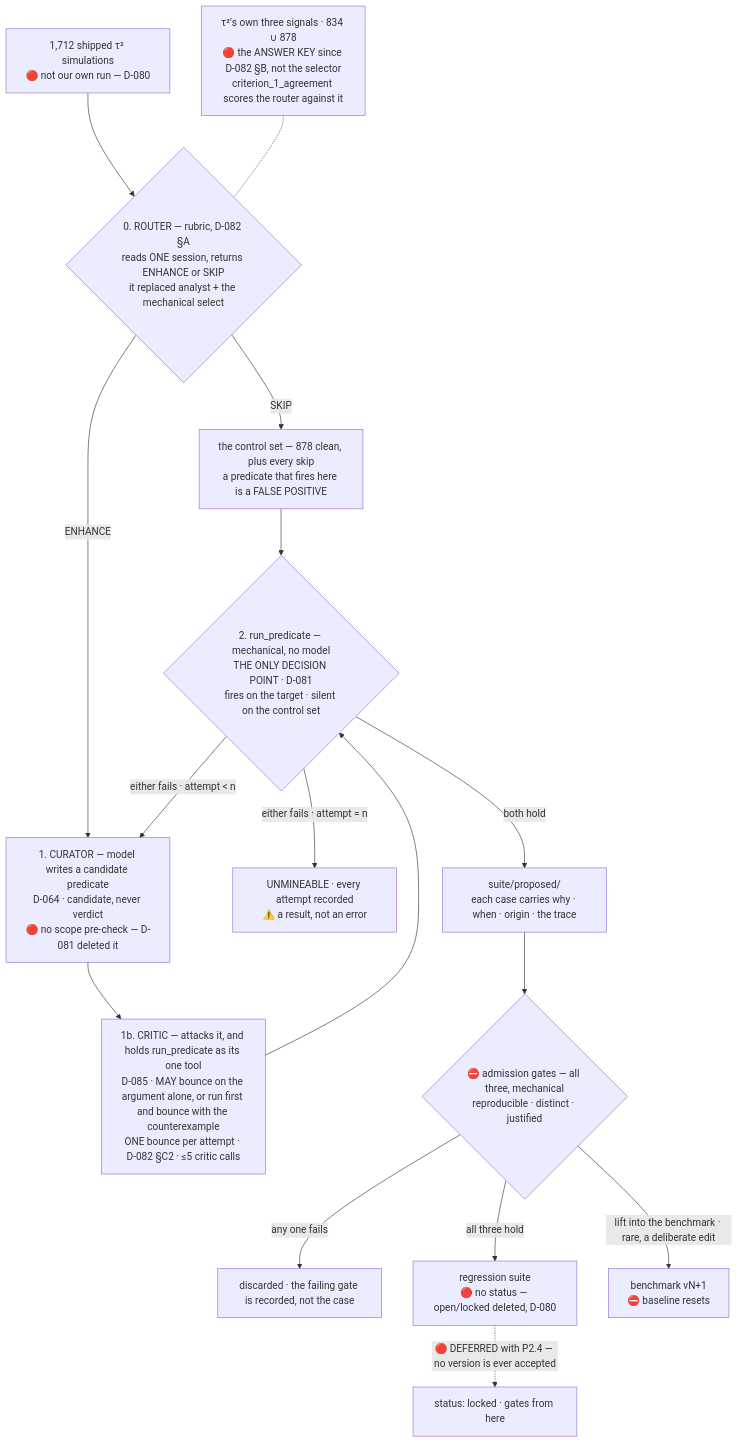
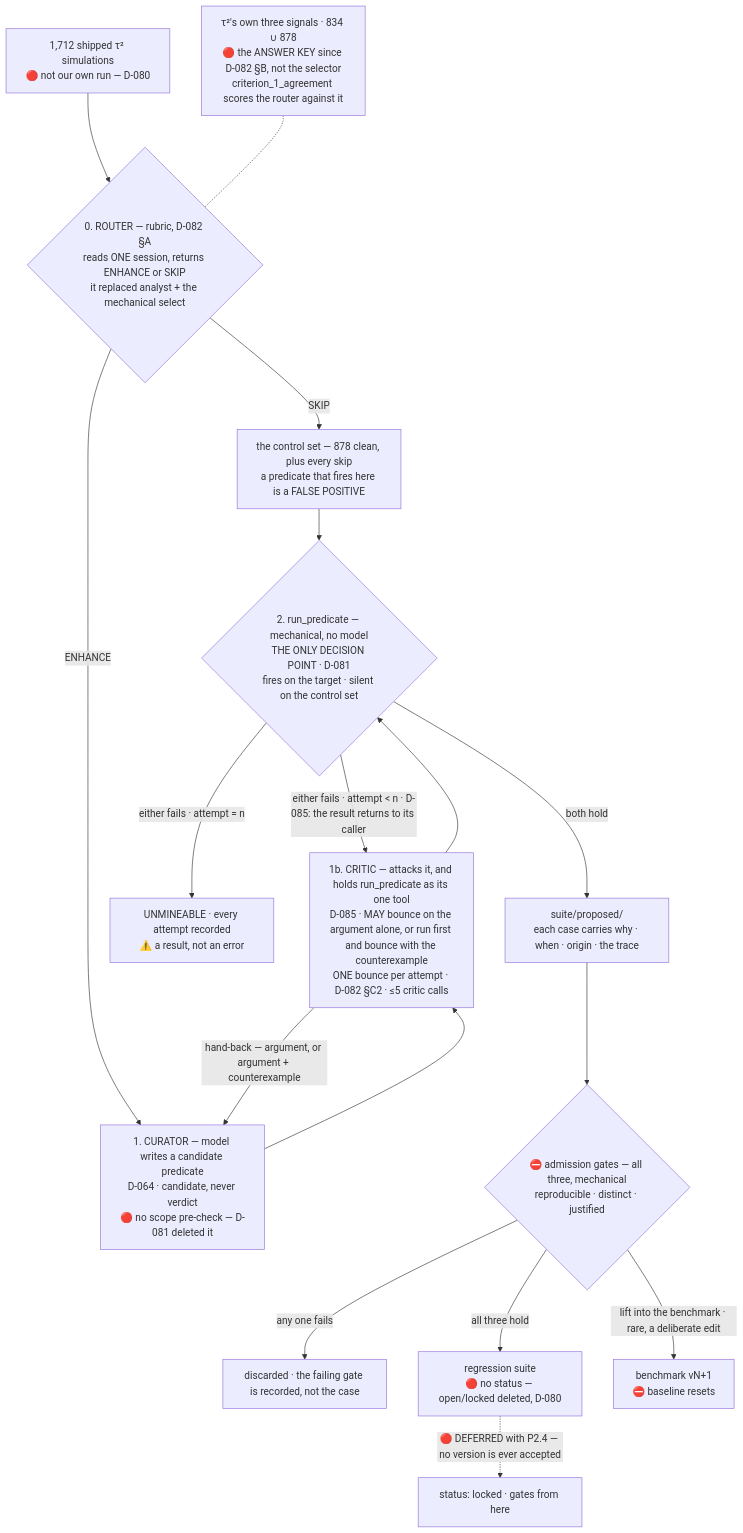
Before and after one commit to sandeepyadav1478/touchstone: the diagram in docs/02-gates.md, drawn with Mermaid. The commit also changed 2 other files, not shown here.

Commit message:
Delete the run_predicate -> curator edge D-085 made impossible
The tool result returns to the caller. D-085 made the critic the caller, so
the counterexample reaches the curator through the critic, on the
curator <-> critic edge that was already drawn. The old edge was the graph
doing the looping, which is the shape D-085 replaced.

The decision said "bounce carrying the counterexample" and the flowchart in
that same commit routed it around the critic. Recorded in D-085 §F: a
decision that changes who holds a step changes every edge into and out of
it, so re-derive them all and not just the one the sentence names.

Swept the same edge out of the authoritative sources, which still had it:
touchstone.eraser:376 now sends the tool result back to its caller, and
docs/02-gates.md:361 routes the retry TEST -> CRIT -> TRANS instead of
TEST -> TRANS.

The predicate keeps only its two terminal exits. The caption said "every
exit leaves from it", which is now false, and says so.

````diff
--- a/docs/02-gates.md
+++ b/docs/02-gates.md
@@ -352,18 +352,19 @@
 ```mermaid
 flowchart TB
   SCORE["1,712 shipped τ² simulations<br/>🔴 not our own run — D-080"] --> ROUTER{"0. ROUTER — rubric, D-082 §A<br/>reads ONE session, returns ENHANCE or SKIP<br/>it replaced analyst + the mechanical select"}
   ROUTER -->|SKIP| CLEAN["the control set — 878 clean, plus every skip<br/>a predicate that fires here is a FALSE POSITIVE"]
   KEY["τ²'s own three signals · 834 ∪ 878<br/>🔴 the ANSWER KEY since D-082 §B, not the selector<br/>criterion_1_agreement scores the router against it"] -.- ROUTER
   ROUTER -->|ENHANCE| TRANS["1. CURATOR — model writes a candidate predicate<br/>D-064 · candidate, never verdict<br/>🔴 no scope pre-check — D-081 deleted it"]
   TRANS --> CRIT["1b. CRITIC — attacks it, and holds run_predicate as its one tool<br/>D-085 · MAY bounce on the argument alone, or run first and bounce with the counterexample<br/>ONE bounce per attempt · D-082 §C2 · ≤5 critic calls"]
   CRIT --> TEST{"2. run_predicate — mechanical, no model<br/>THE ONLY DECISION POINT · D-081<br/>fires on the target · silent on the control set"}
   CLEAN --> TEST
-  TEST -->|"either fails · attempt < n"| TRANS
+  TEST -->|"either fails · attempt < n · D-085: the result returns to its caller"| CRIT
+  CRIT -->|"hand-back — argument, or argument + counterexample"| TRANS
   TEST -->|"either fails · attempt = n"| UNM["UNMINEABLE · every attempt recorded<br/>⚠️ a result, not an error"]
   TEST -->|both hold| PROP["suite/proposed/<br/>each case carries why · when · origin · the trace"]
   PROP --> ADMIT{"⛔ admission gates — all three, mechanical<br/>reproducible · distinct · justified"}
   ADMIT -->|any one fails| DROP["discarded · the failing gate is recorded, not the case"]
   ADMIT -->|all three hold| REG["regression suite<br/>🔴 no status — open/locked deleted, D-080"]
   REG -.->|"🔴 DEFERRED with P2.4 — no version is ever accepted"| LOCK["status: locked · gates from here"]
   ADMIT -->|"lift into the benchmark · rare, a deliberate edit"| BENCH["benchmark vN+1<br/>⛔ baseline resets"]
 ```
````
